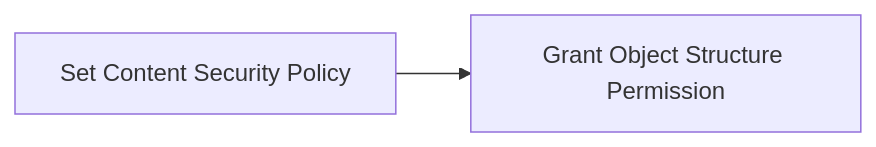
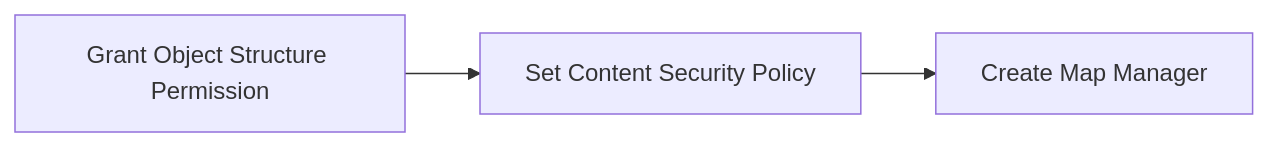
The diagram in maximo/administration/map-manager/manager-map.md (codersyacht/maximo-knowledge-center), drawn with Mermaid before and after one commit. The commit also changed other lines of this file, not shown here.

Commit message:
manager-map.md

````diff
--- a/maximo/administration/map-manager/manager-map.md
+++ b/maximo/administration/map-manager/manager-map.md
@@ -17,4 +17,5 @@
 ```mermaid
 graph LR
-A[Set Content Security Policy] --> B[Grant Object Structure Permission]
+A[Grant Object Structure Permission] --> B[Set Content Security Policy]
+B --> C[Create Map Manager]
 ```
````
